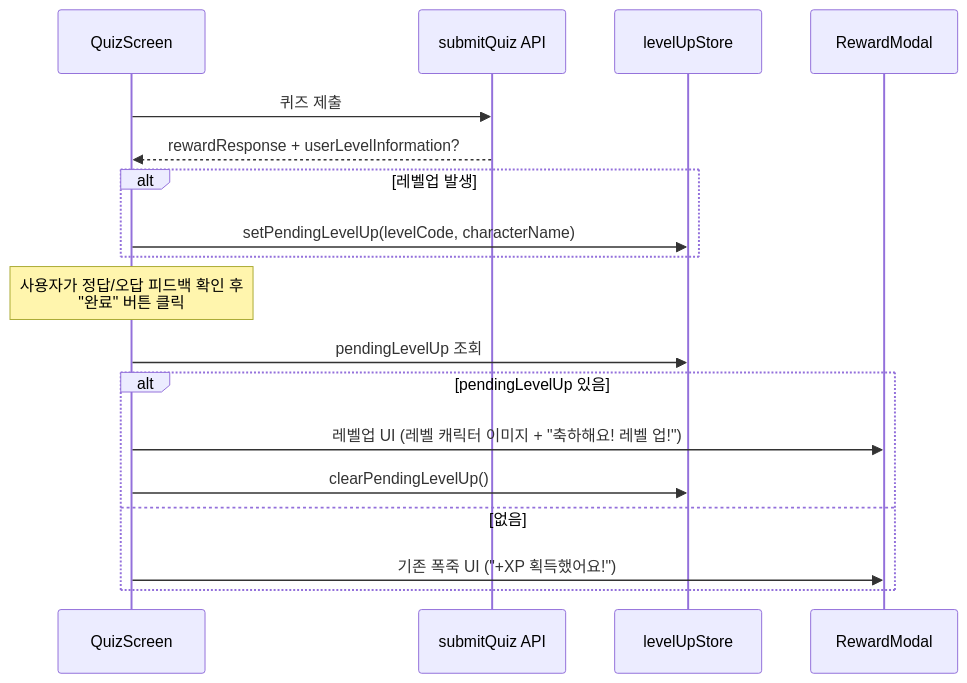
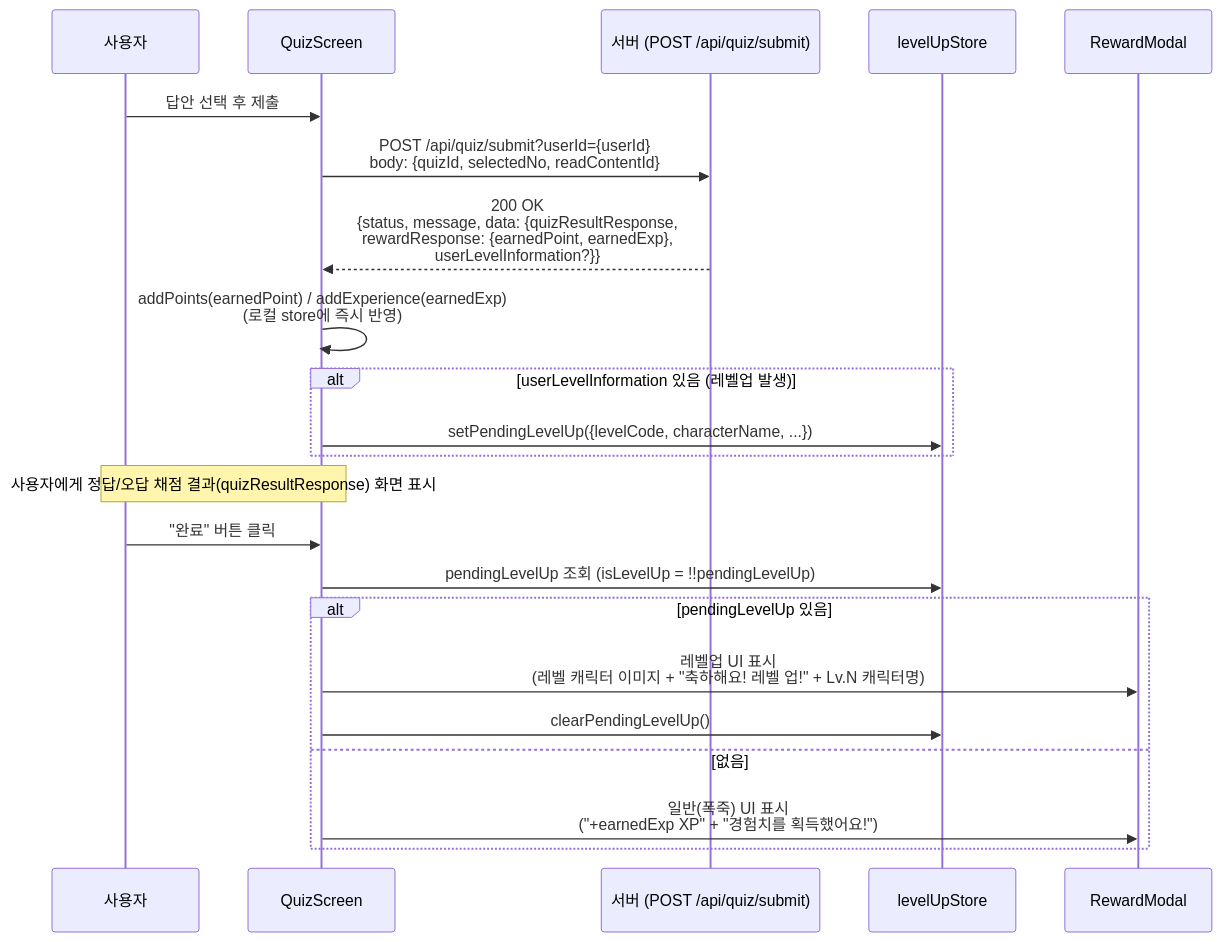
The second of 4 diagrams in docs/LEVEL_UP_FLOW.md (SWYP-app-3-10/neurous-client), drawn with Mermaid before and after one commit. The commit also changed other lines of this file and 2 other files, not shown here.

First line of the commit message:
feat(article): 글 읽기 완료 시 레벨업 UI 지원 및 관련 문서 상세화

````diff
--- a/docs/LEVEL_UP_FLOW.md
+++ b/docs/LEVEL_UP_FLOW.md
@@ -71,21 +96,25 @@
 ```mermaid
 sequenceDiagram
+    participant U as 사용자
     participant Q as QuizScreen
-    participant API as submitQuiz API
+    participant API as 서버 (POST /api/quiz/submit)
     participant LU as levelUpStore
     participant M as RewardModal
 
-    Q->>API: 퀴즈 제출
-    API-->>Q: rewardResponse + userLevelInformation?
-    alt 레벨업 발생
-        Q->>LU: setPendingLevelUp(levelCode, characterName)
+    U->>Q: 답안 선택 후 제출
+    Q->>API: POST /api/quiz/submit?userId={userId}<br/>body: {quizId, selectedNo, readContentId}
+    API-->>Q: 200 OK<br/>{status, message, data: {quizResultResponse,<br/>rewardResponse: {earnedPoint, earnedExp},<br/>userLevelInformation?}}
+    Q->>Q: addPoints(earnedPoint) / addExperience(earnedExp)<br/>(로컬 store에 즉시 반영)
+    alt userLevelInformation 있음 (레벨업 발생)
+        Q->>LU: setPendingLevelUp({levelCode, characterName, ...})
     end
-    Note over Q: 사용자가 정답/오답 피드백 확인 후<br/>"완료" 버튼 클릭
-    Q->>LU: pendingLevelUp 조회
+    Note over Q,U: 사용자에게 정답/오답 채점 결과(quizResultResponse) 화면 표시
+    U->>Q: "완료" 버튼 클릭
+    Q->>LU: pendingLevelUp 조회 (isLevelUp = !!pendingLevelUp)
     alt pendingLevelUp 있음
-        Q->>M: 레벨업 UI (레벨 캐릭터 이미지 + "축하해요! 레벨 업!")
+        Q->>M: 레벨업 UI 표시<br/>(레벨 캐릭터 이미지 + "축하해요! 레벨 업!" + Lv.N 캐릭터명)
         Q->>LU: clearPendingLevelUp()
     else 없음
-        Q->>M: 기존 폭죽 UI ("+XP 획득했어요!")
+        Q->>M: 일반(폭죽) UI 표시<br/>("+earnedExp XP" + "경험치를 획득했어요!")
     end
 ```
````
